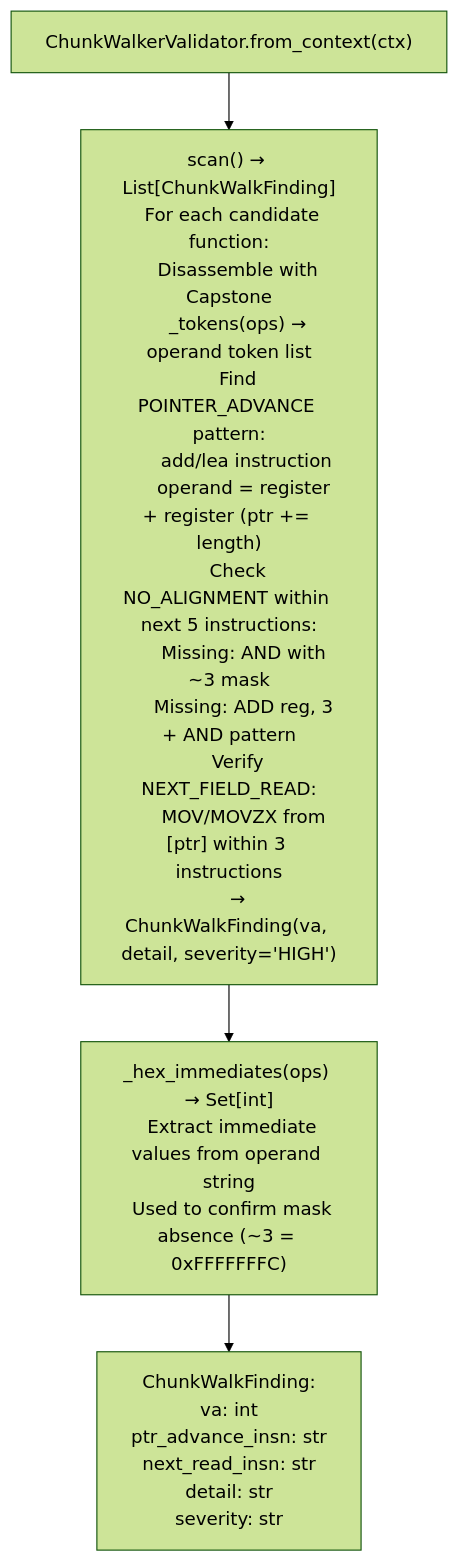
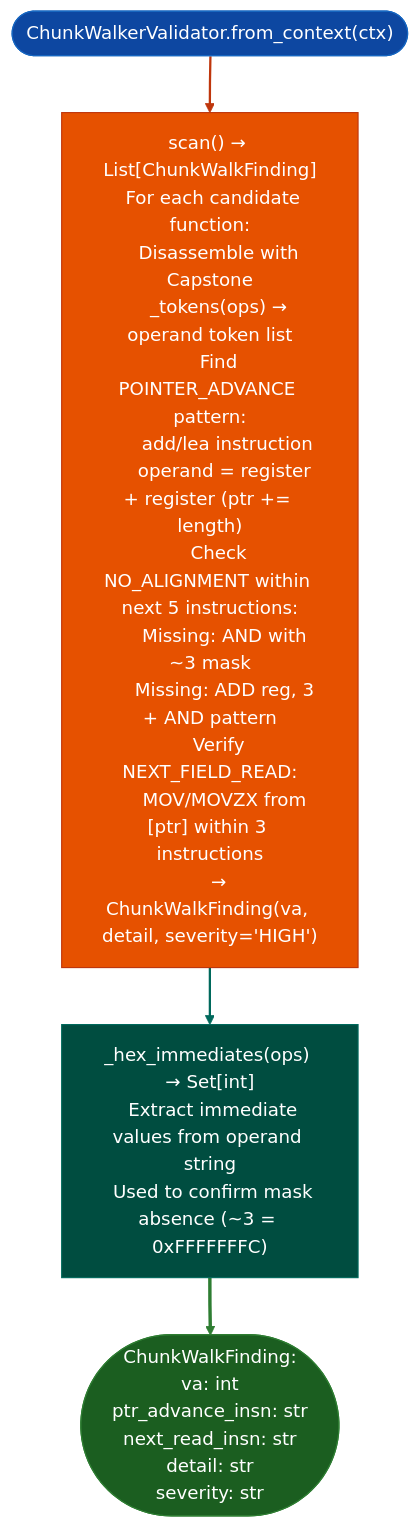
The diagram in docs/reference-modules/tlv-chunk-alignment-checks.md (Ablation-Tool/ablation), drawn with Mermaid (forest theme) before and after one commit. The commit also changed 320 other files, not shown here.

First line of the commit message:
docs: apply canonical Mermaid template to all 321 diagrams

````diff
--- a/docs/reference-modules/tlv-chunk-alignment-checks.md
+++ b/docs/reference-modules/tlv-chunk-alignment-checks.md
@@ -19,6 +19,15 @@
 ```mermaid
 flowchart TD
-    A["ChunkWalkerValidator.from_context(ctx)"] --> B["scan() → List[ChunkWalkFinding]\n  For each candidate function:\n    Disassemble with Capstone\n    _tokens(ops) → operand token list\n    Find POINTER_ADVANCE pattern:\n      add/lea instruction\n      operand = register + register (ptr += length)\n    Check NO_ALIGNMENT within next 5 instructions:\n      Missing: AND with ~3 mask\n      Missing: ADD reg, 3 + AND pattern\n    Verify NEXT_FIELD_READ:\n      MOV/MOVZX from [ptr] within 3 instructions\n    → ChunkWalkFinding(va, detail, severity='HIGH')"]
-    B --> C["_hex_immediates(ops) → Set[int]\n  Extract immediate values from operand string\n  Used to confirm mask absence (~3 = 0xFFFFFFFC)"]
-    C --> D["ChunkWalkFinding:\n  va: int\n  ptr_advance_insn: str\n  next_read_insn: str\n  detail: str\n  severity: str"]
+    A(["ChunkWalkerValidator.from_context(ctx)"]):::input --> B["scan() → List[ChunkWalkFinding]\n  For each candidate function:\n    Disassemble with Capstone\n    _tokens(ops) → operand token list\n    Find POINTER_ADVANCE pattern:\n      add/lea instruction\n      operand = register + register (ptr += length)\n    Check NO_ALIGNMENT within next 5 instructions:\n      Missing: AND with ~3 mask\n      Missing: ADD reg, 3 + AND pattern\n    Verify NEXT_FIELD_READ:\n      MOV/MOVZX from [ptr] within 3 instructions\n    → ChunkWalkFinding(va, detail, severity='HIGH')"]:::primary
+    B:::primary --> C["_hex_immediates(ops) → Set[int]\n  Extract immediate values from operand string\n  Used to confirm mask absence (~3 = 0xFFFFFFFC)"]:::secondary
+    C:::secondary --> D(["ChunkWalkFinding:\n  va: int\n  ptr_advance_insn: str\n  next_read_insn: str\n  detail: str\n  severity: str"]):::output
+    classDef input     fill:#0d47a1,stroke:#1565c0,color:#fff
+    classDef primary   fill:#e65100,stroke:#bf360c,color:#fff
+    classDef secondary fill:#004d40,stroke:#00695c,color:#fff
+    classDef tertiary  fill:#4a148c,stroke:#6a1b9a,color:#fff
+    classDef neutral   fill:#37474f,stroke:#546e7a,color:#fff
+    classDef output    fill:#1b5e20,stroke:#2e7d32,color:#fff
+    linkStyle 0 stroke:#bf360c,stroke-width:2px
+    linkStyle 1 stroke:#00695c,stroke-width:2px
+    linkStyle 2 stroke:#2e7d32,stroke-width:3px
 ```
````
